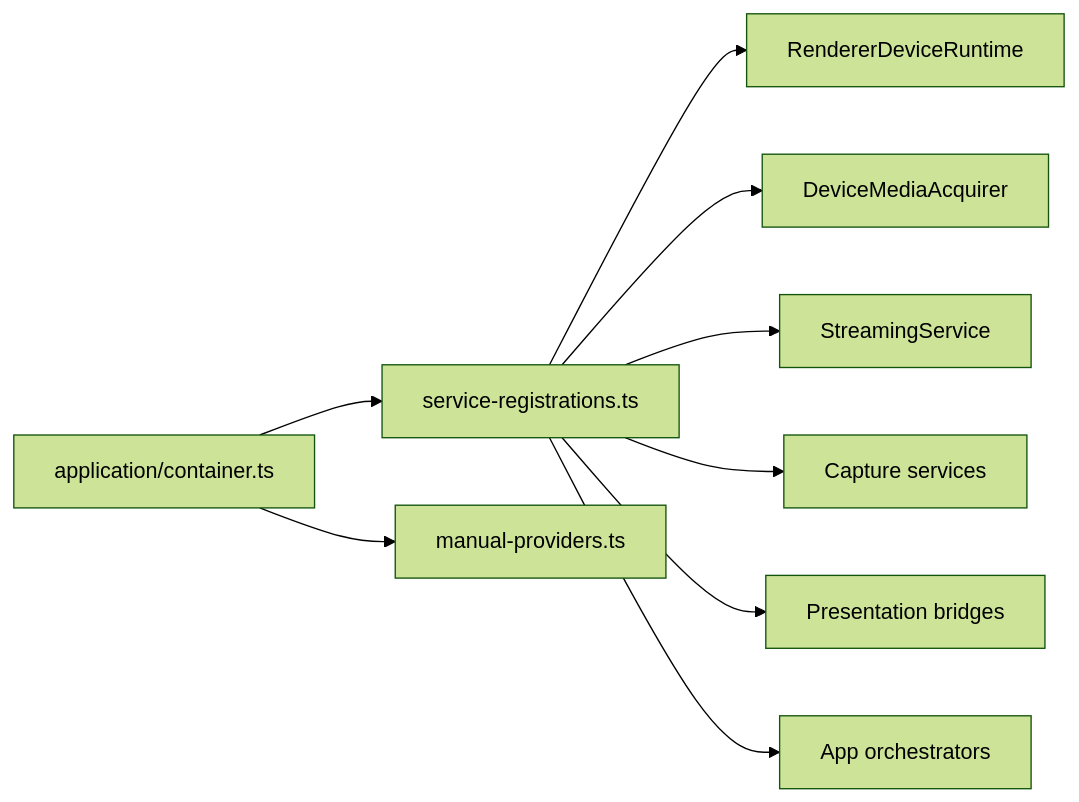
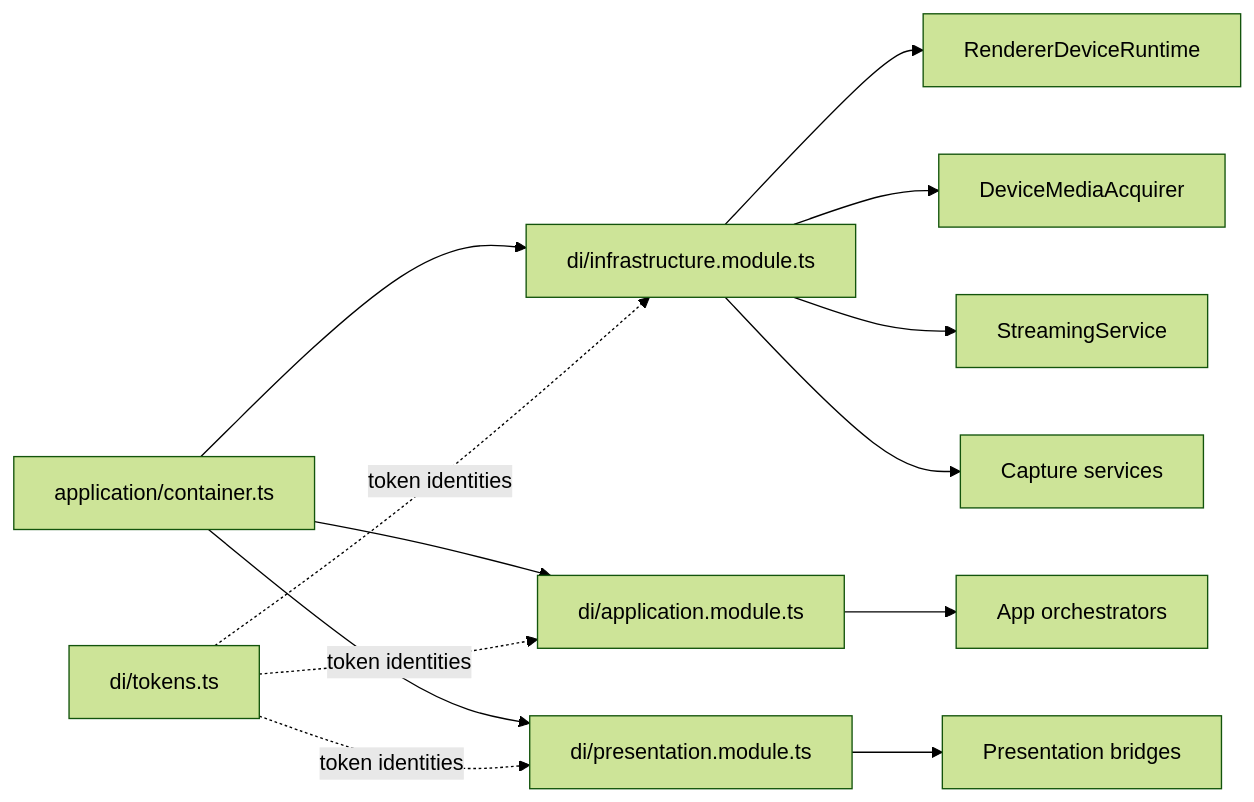
One commit to josstei/prismgb-app changed the first of 8 diagrams in docs/architecture-diagrams.md. Above: the diagram before and after it, drawn with Mermaid (forest theme). The commit also changed other lines of this file and 86 other files, not shown here.

````diff
--- a/docs/architecture-diagrams.md
+++ b/docs/architecture-diagrams.md
@@ -20,21 +20,27 @@
 ```mermaid
 flowchart LR
   Container["application/container.ts"]
-  Standard["service-registrations.ts"]
-  Manual["manual-providers.ts"]
+  Tokens["di/tokens.ts"]
+  InfraMod["di/infrastructure.module.ts"]
+  AppMod["di/application.module.ts"]
+  PresMod["di/presentation.module.ts"]
   DeviceRuntime[RendererDeviceRuntime]
   MediaAcquirer[DeviceMediaAcquirer]
   StreamingService[StreamingService]
   CaptureServices[Capture services]
   PresentationBridges[Presentation bridges]
   Orchestrators[App orchestrators]
 
-  Container --> Standard
-  Container --> Manual
-  Standard --> DeviceRuntime
-  Standard --> MediaAcquirer
-  Standard --> StreamingService
-  Standard --> CaptureServices
-  Standard --> PresentationBridges
-  Standard --> Orchestrators
+  Container --> InfraMod
+  Container --> AppMod
+  Container --> PresMod
+  Tokens -. token identities .-> InfraMod
+  Tokens -. token identities .-> AppMod
+  Tokens -. token identities .-> PresMod
+  InfraMod --> DeviceRuntime
+  InfraMod --> MediaAcquirer
+  InfraMod --> StreamingService
+  InfraMod --> CaptureServices
+  PresMod --> PresentationBridges
+  AppMod --> Orchestrators
 ```
````
